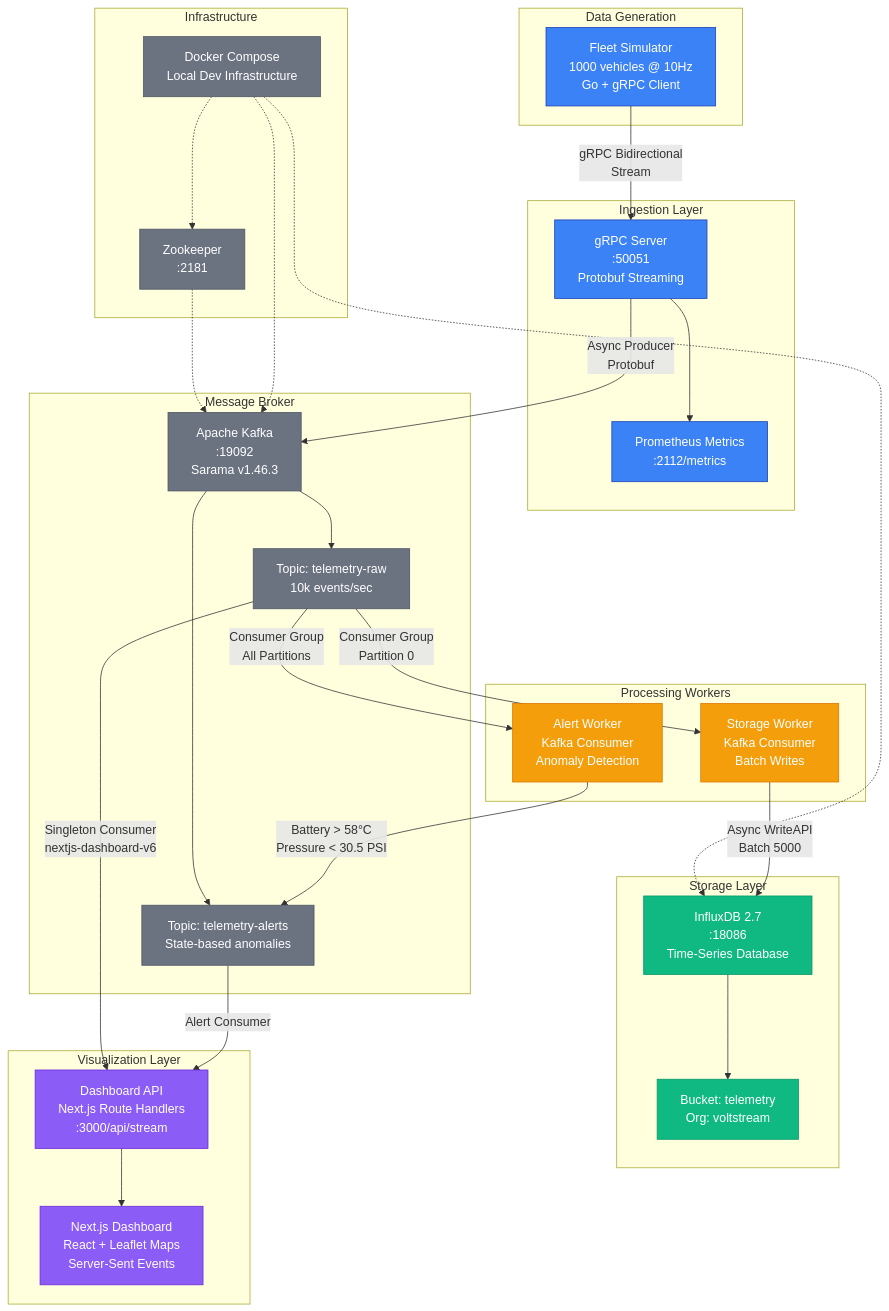
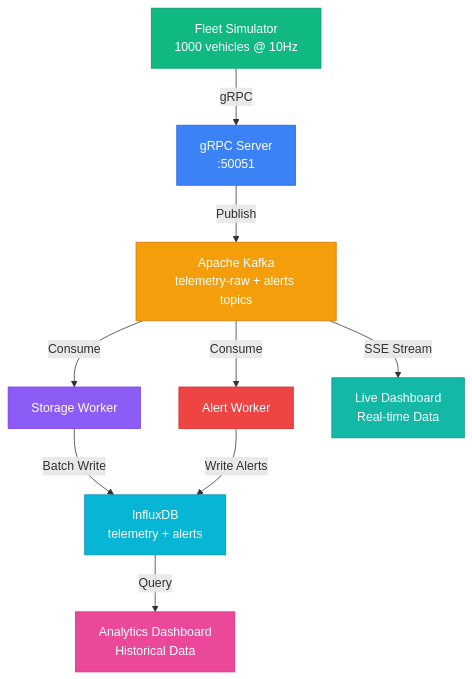
The diagram in README.md (rajeev-chaurasia/volt-stream), drawn with Mermaid before and after one commit. The commit also changed other lines of this file and 33 other files, not shown here.

````diff
--- a/README.md
+++ b/README.md
@@ -54,69 +26,20 @@
 ```mermaid
-graph TB
-    subgraph "Data Generation"
-        SIM[Fleet Simulator<br/>1000 vehicles @ 10Hz<br/>Go + gRPC Client]
-    end
-
-    subgraph "Ingestion Layer"
-        GRPC[gRPC Server<br/>:50051<br/>Protobuf Streaming]
-        METRICS[Prometheus Metrics<br/>:2112/metrics]
-        GRPC --> METRICS
-    end
-
-    subgraph "Message Broker"
-        KAFKA[Apache Kafka<br/>:19092<br/>Sarama v1.46.3]
-        TOPIC1[Topic: telemetry-raw<br/>10k events/sec]
-        TOPIC2[Topic: telemetry-alerts<br/>State-based anomalies]
-        KAFKA --> TOPIC1
-        KAFKA --> TOPIC2
-    end
-
-    subgraph "Processing Workers"
-        WORKER[Storage Worker<br/>Kafka Consumer<br/>Batch Writes]
-        ALERT[Alert Worker<br/>Kafka Consumer<br/>Anomaly Detection]
-    end
-
-    subgraph "Storage Layer"
-        INFLUX[InfluxDB 2.7<br/>:18086<br/>Time-Series Database]
-        INFLUX_BUCKET[Bucket: telemetry<br/>Org: voltstream]
-        INFLUX --> INFLUX_BUCKET
-    end
-
-    subgraph "Visualization Layer"
-        DASH_API[Dashboard API<br/>Next.js Route Handlers<br/>:3000/api/stream]
-        DASH_UI[Next.js Dashboard<br/>React + Leaflet Maps<br/>Server-Sent Events]
-        DASH_API --> DASH_UI
-    end
-
-    subgraph "Infrastructure"
-        ZK[Zookeeper<br/>:2181]
-        DOCKER[Docker Compose<br/>Local Dev Infrastructure]
-        ZK -.-> KAFKA
-        DOCKER -.-> ZK
-        DOCKER -.-> KAFKA
-        DOCKER -.-> INFLUX
-    end
-
-    %% Data Flow
-    SIM -->|gRPC Bidirectional<br/>Stream| GRPC
-    GRPC -->|Async Producer<br/>Protobuf| KAFKA
-    TOPIC1 -->|Consumer Group<br/>Partition 0| WORKER
-    TOPIC1 -->|Consumer Group<br/>All Partitions| ALERT
-    WORKER -->|Async WriteAPI<br/>Batch 5000| INFLUX
-    ALERT -->|Battery > 58°C<br/>Pressure < 30.5 PSI| TOPIC2
-    TOPIC1 -->|Singleton Consumer<br/>nextjs-dashboard-v6| DASH_API
-    TOPIC2 -->|Alert Consumer| DASH_API
-
-    %% Styling
-    classDef ingestion fill:#3b82f6,stroke:#1e40af,color:#fff
-    classDef storage fill:#10b981,stroke:#059669,color:#fff
-    classDef processing fill:#f59e0b,stroke:#d97706,color:#fff
-    classDef viz fill:#8b5cf6,stroke:#6d28d9,color:#fff
-    classDef infra fill:#6b7280,stroke:#4b5563,color:#fff
-
-    class SIM,GRPC,METRICS ingestion
-    class INFLUX,INFLUX_BUCKET storage
-    class WORKER,ALERT processing
-    class DASH_API,DASH_UI viz
-    class KAFKA,TOPIC1,TOPIC2,ZK,DOCKER infra
+graph TD
+    A[Fleet Simulator<br/>1000 vehicles @ 10Hz] -->|gRPC| B[gRPC Server<br/>:50051]
+    B -->|Publish| C[Apache Kafka<br/>telemetry-raw + alerts topics]
+    C -->|Consume| D[Storage Worker]
+    C -->|Consume| E[Alert Worker]
+    D -->|Batch Write| F[InfluxDB<br/>telemetry + alerts]
+    E -->|Write Alerts| F
+    F -->|Query| G[Analytics Dashboard<br/>Historical Data]
+    C -->|SSE Stream| H[Live Dashboard<br/>Real-time Data]
+    
+    style A fill:#10b981,stroke:#059669,color:#fff
+    style B fill:#3b82f6,stroke:#2563eb,color:#fff
+    style C fill:#f59e0b,stroke:#d97706,color:#fff
+    style D fill:#8b5cf6,stroke:#7c3aed,color:#fff
+    style E fill:#ef4444,stroke:#dc2626,color:#fff
+    style F fill:#06b6d4,stroke:#0891b2,color:#fff
+    style G fill:#ec4899,stroke:#db2777,color:#fff
+    style H fill:#14b8a6,stroke:#0d9488,color:#fff
 ```
````
